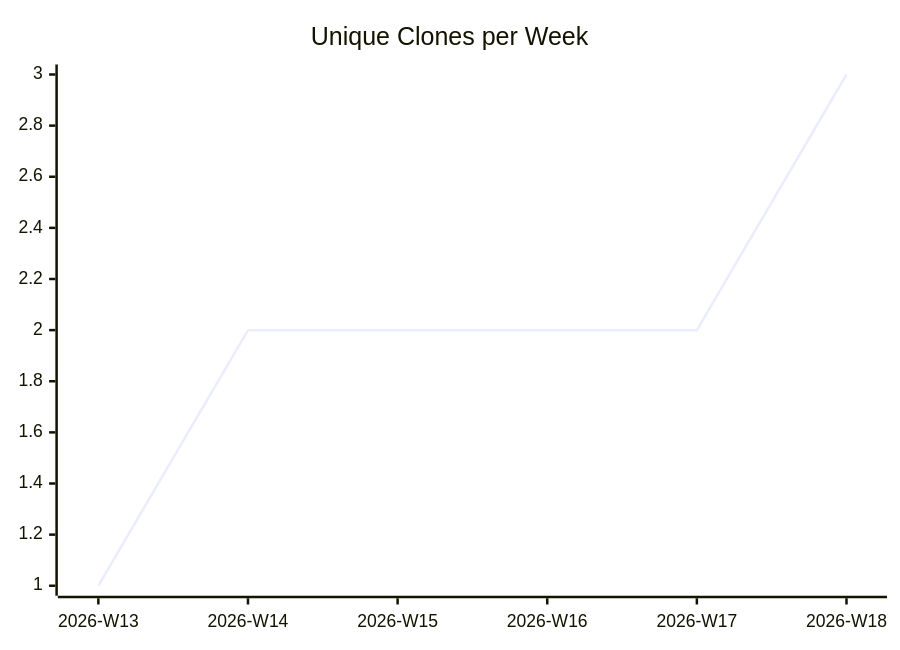
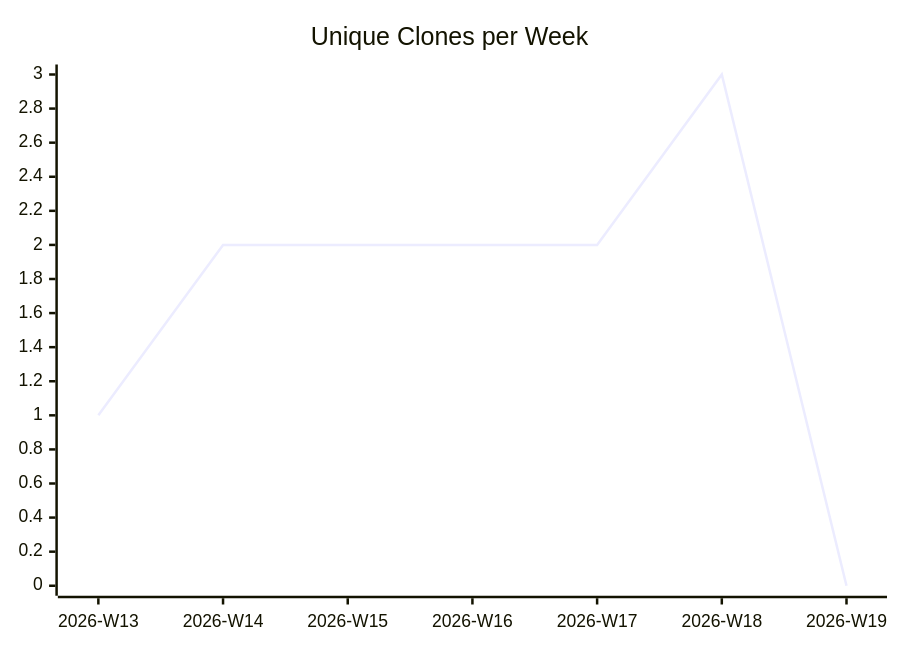
The third of 3 diagrams in karlmdavis/hello-rust-actix/README.md (justdavis-family/github-analytics-data), drawn with Mermaid before and after one commit. The commit also changed other lines of this file and 187 other files, not shown here.

````diff
--- a/karlmdavis/hello-rust-actix/README.md
+++ b/karlmdavis/hello-rust-actix/README.md
@@ -19,6 +19,6 @@
 ```mermaid
 xychart-beta
   title "Unique Clones per Week"
-  x-axis ["2026-W13", "2026-W14", "2026-W15", "2026-W16", "2026-W17", "2026-W18"]
-  line [1, 2, 2, 2, 2, 3]
+  x-axis ["2026-W13", "2026-W14", "2026-W15", "2026-W16", "2026-W17", "2026-W18", "2026-W19"]
+  line [1, 2, 2, 2, 2, 3, 0]
 ```
````
